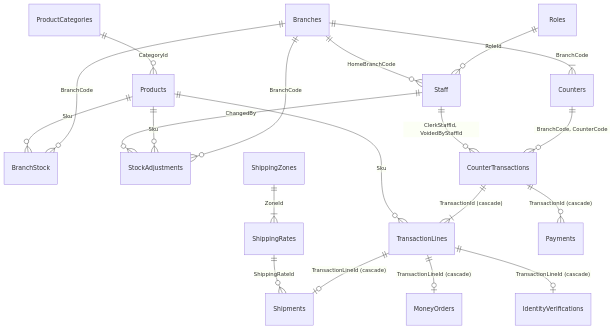
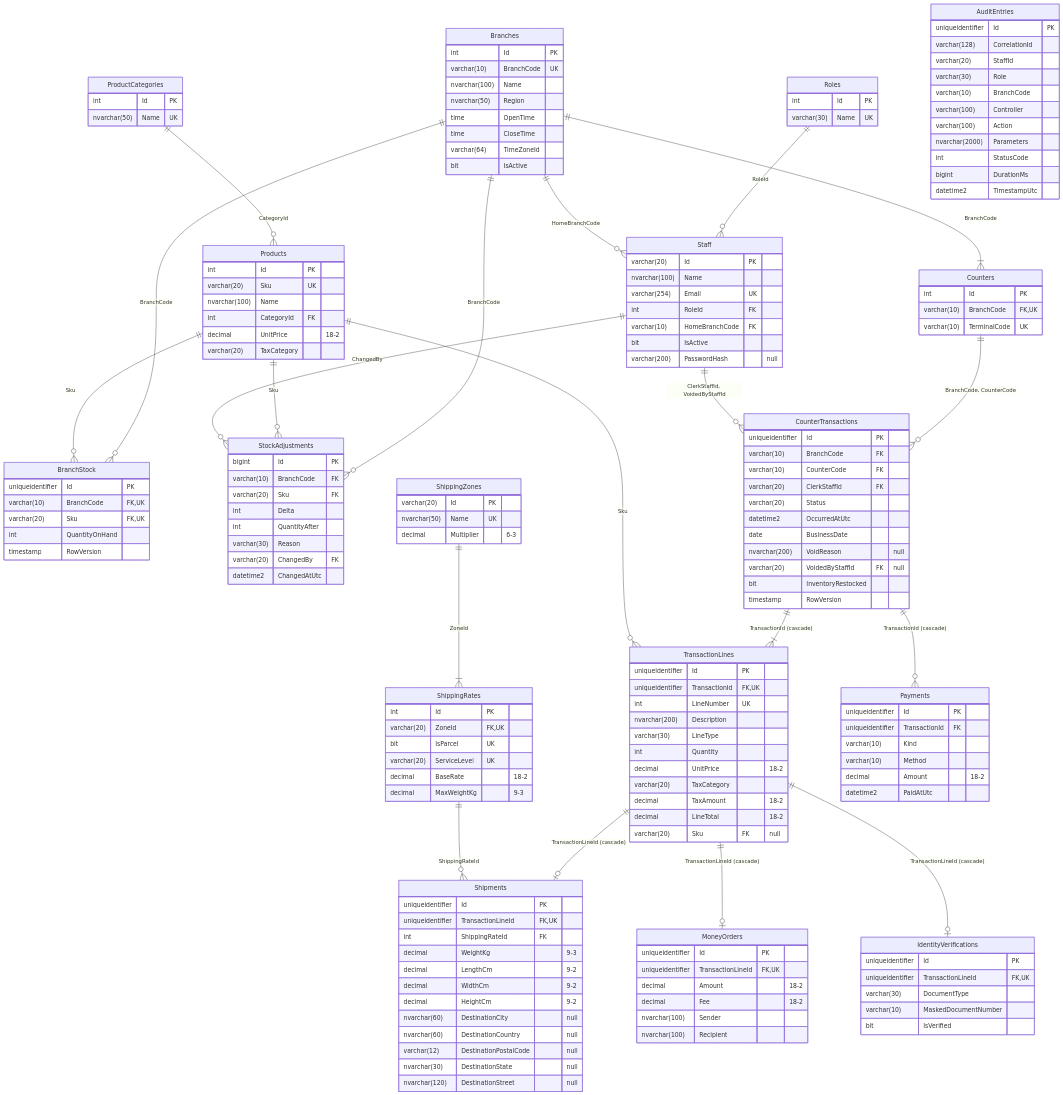
The second of 5 diagrams in DESIGN.md (vercellmotive/ApexPost), drawn with Mermaid before and after one commit. The commit also changed other lines of this file and 4 other files, not shown here.

First line of the commit message:
docs: add ER columns, raw statistics output and consistent test counts

````diff
--- a/DESIGN.md
+++ b/DESIGN.md
@@ -48,4 +48,151 @@
     ShippingRates ||--o{ Shipments : "ShippingRateId"
     TransactionLines ||--o| MoneyOrders : "TransactionLineId (cascade)"
     TransactionLines ||--o| IdentityVerifications : "TransactionLineId (cascade)"
+
+    AuditEntries {
+        uniqueidentifier Id PK
+        varchar(128) CorrelationId
+        varchar(20) StaffId
+        varchar(30) Role
+        varchar(10) BranchCode
+        varchar(100) Controller
+        varchar(100) Action
+        nvarchar(2000) Parameters
+        int StatusCode
+        bigint DurationMs
+        datetime2 TimestampUtc
+    }
+    BranchStock {
+        uniqueidentifier Id PK
+        varchar(10) BranchCode FK, UK
+        varchar(20) Sku FK, UK
+        int QuantityOnHand
+        timestamp RowVersion
+    }
+    Branches {
+        int Id PK
+        varchar(10) BranchCode UK
+        nvarchar(100) Name
+        nvarchar(50) Region
+        time OpenTime
+        time CloseTime
+        varchar(64) TimeZoneId
+        bit IsActive
+    }
+    CounterTransactions {
+        uniqueidentifier Id PK
+        varchar(10) BranchCode FK
+        varchar(10) CounterCode FK
+        varchar(20) ClerkStaffId FK
+        varchar(20) Status
+        datetime2 OccurredAtUtc
+        date BusinessDate
+        nvarchar(200) VoidReason "null"
+        varchar(20) VoidedByStaffId FK "null"
+        bit InventoryRestocked
+        timestamp RowVersion
+    }
+    Counters {
+        int Id PK
+        varchar(10) BranchCode FK, UK
+        varchar(10) TerminalCode UK
+    }
+    IdentityVerifications {
+        uniqueidentifier Id PK
+        uniqueidentifier TransactionLineId FK, UK
+        varchar(30) DocumentType
+        varchar(10) MaskedDocumentNumber
+        bit IsVerified
+    }
+    MoneyOrders {
+        uniqueidentifier Id PK
+        uniqueidentifier TransactionLineId FK, UK
+        decimal Amount "18-2"
+        decimal Fee "18-2"
+        nvarchar(100) Sender
+        nvarchar(100) Recipient
+    }
+    Payments {
+        uniqueidentifier Id PK
+        uniqueidentifier TransactionId FK
+        varchar(10) Kind
+        varchar(10) Method
+        decimal Amount "18-2"
+        datetime2 PaidAtUtc
+    }
+    ProductCategories {
+        int Id PK
+        nvarchar(50) Name UK
+    }
+    Products {
+        int Id PK
+        varchar(20) Sku UK
+        nvarchar(100) Name
+        int CategoryId FK
+        decimal UnitPrice "18-2"
+        varchar(20) TaxCategory
+    }
+    Roles {
+        int Id PK
+        varchar(30) Name UK
+    }
+    Shipments {
+        uniqueidentifier Id PK
+        uniqueidentifier TransactionLineId FK, UK
+        int ShippingRateId FK
+        decimal WeightKg "9-3"
+        decimal LengthCm "9-2"
+        decimal WidthCm "9-2"
+        decimal HeightCm "9-2"
+        nvarchar(60) DestinationCity "null"
+        nvarchar(60) DestinationCountry "null"
+        varchar(12) DestinationPostalCode "null"
+        nvarchar(30) DestinationState "null"
+        nvarchar(120) DestinationStreet "null"
+    }
+    ShippingRates {
+        int Id PK
+        varchar(20) ZoneId FK, UK
+        bit IsParcel UK
+        varchar(20) ServiceLevel UK
+        decimal BaseRate "18-2"
+        decimal MaxWeightKg "9-3"
+    }
+    ShippingZones {
+        varchar(20) Id PK
+        nvarchar(50) Name UK
+        decimal Multiplier "6-3"
+    }
+    Staff {
+        varchar(20) Id PK
+        nvarchar(100) Name
+        varchar(254) Email UK
+        int RoleId FK
+        varchar(10) HomeBranchCode FK
+        bit IsActive
+        varchar(200) PasswordHash "null"
+    }
+    StockAdjustments {
+        bigint Id PK
+        varchar(10) BranchCode FK
+        varchar(20) Sku FK
+        int Delta
+        int QuantityAfter
+        varchar(30) Reason
+        varchar(20) ChangedBy FK
+        datetime2 ChangedAtUtc
+    }
+    TransactionLines {
+        uniqueidentifier Id PK
+        uniqueidentifier TransactionId FK, UK
+        int LineNumber UK
+        nvarchar(200) Description
+        varchar(30) LineType
+        int Quantity
+        decimal UnitPrice "18-2"
+        varchar(20) TaxCategory
+        decimal TaxAmount "18-2"
+        decimal LineTotal "18-2"
+        varchar(20) Sku FK "null"
+    }
 ```
````
